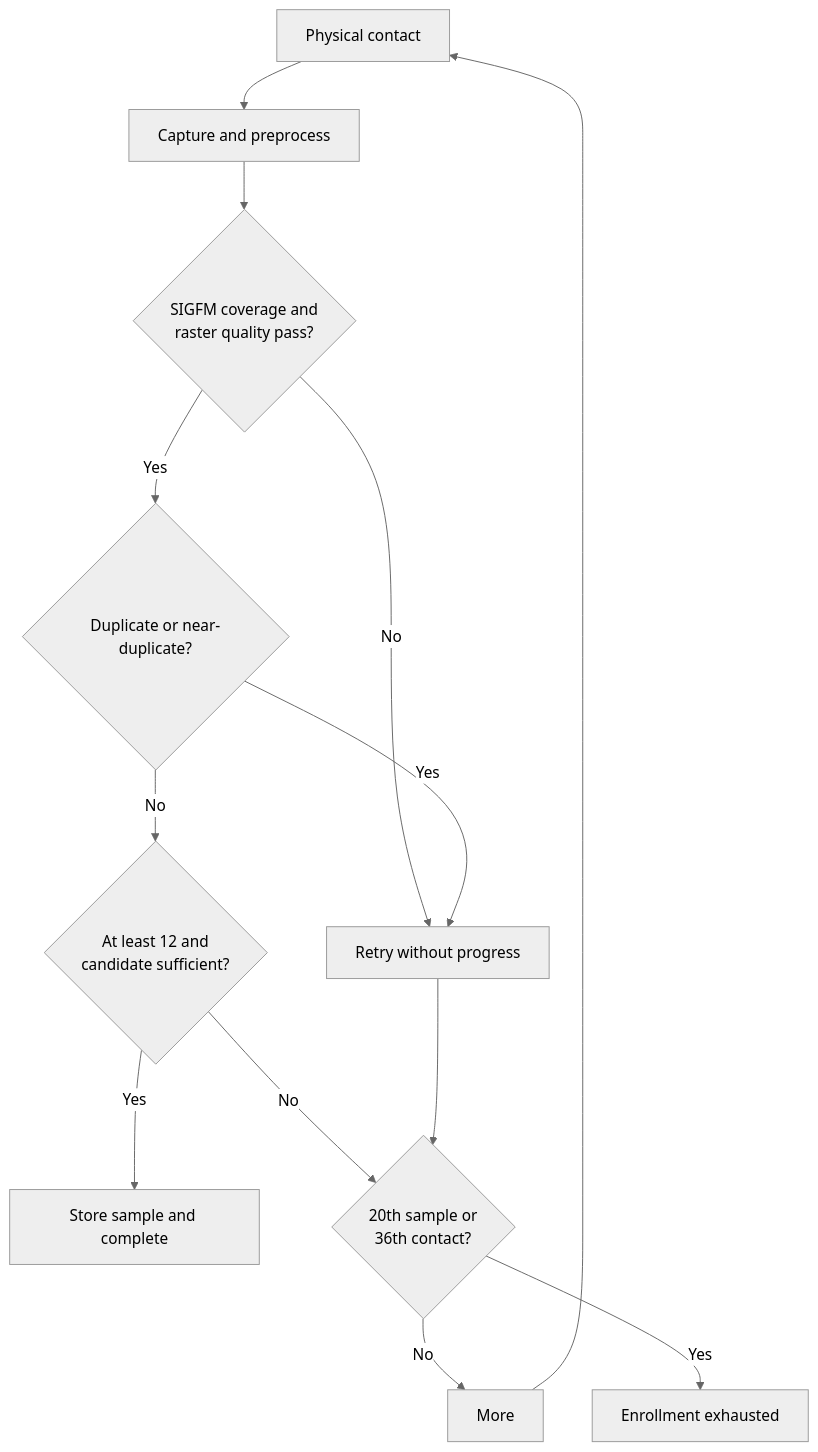
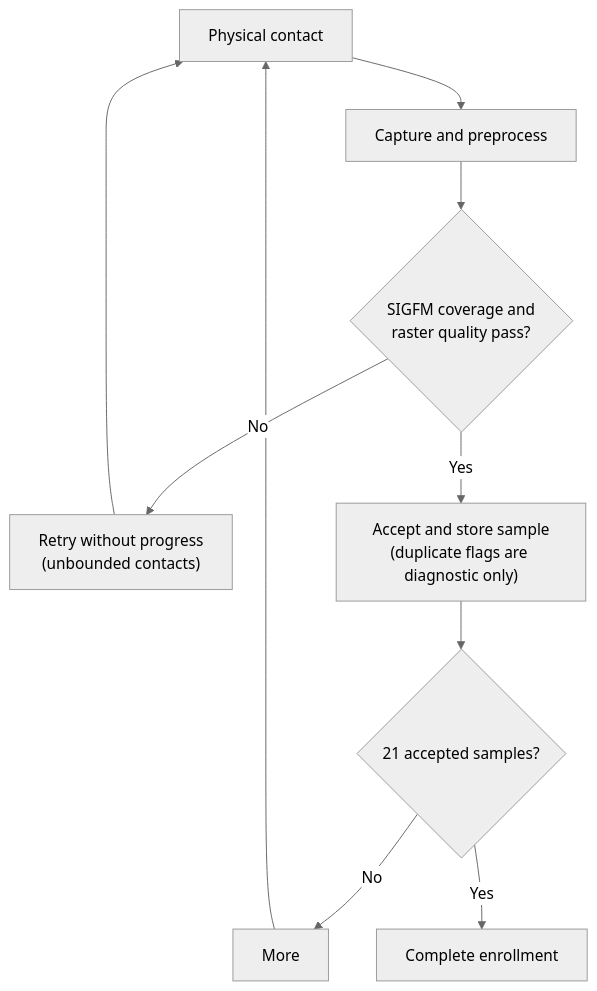
One commit to sorguido/goodix-27c6-5125 changed the fourth of 6 diagrams in TECHNICAL_MANUAL.md. Above: the diagram before and after it, drawn with Mermaid (neutral theme). The commit also changed other lines of this file and 11 other files, not shown here.

````diff
--- a/TECHNICAL_MANUAL.md
+++ b/TECHNICAL_MANUAL.md
@@ -956,15 +957,12 @@
 ```mermaid
 flowchart TD
     Contact["Physical contact"] --> Process["Capture and preprocess"]
     Process --> Quality{"SIGFM coverage and<br/>raster quality pass?"}
-    Quality -- No --> Retry["Retry without progress"]
-    Quality -- Yes --> Compare{"Duplicate or near-duplicate?"}
-    Compare -- Yes --> Retry
-    Compare -- No --> Sufficient{"At least 12 and<br/>candidate sufficient?"}
-    Sufficient -- Yes --> Done["Store sample and complete"]
-    Sufficient -- No --> Limit{"20th sample or<br/>36th contact?"}
-    Limit -- No --> More
-    Limit -- Yes --> Fail["Enrollment exhausted"]
-    Retry --> Limit
+    Quality -- No --> Retry["Retry without progress<br/>(unbounded contacts)"]
+    Quality -- Yes --> Store["Accept and store sample<br/>(duplicate flags are diagnostic only)"]
+    Store --> Count{"21 accepted samples?"}
+    Count -- No --> More
+    Count -- Yes --> Done["Complete enrollment"]
+    Retry --> Contact
     More --> Contact
 ```
````
